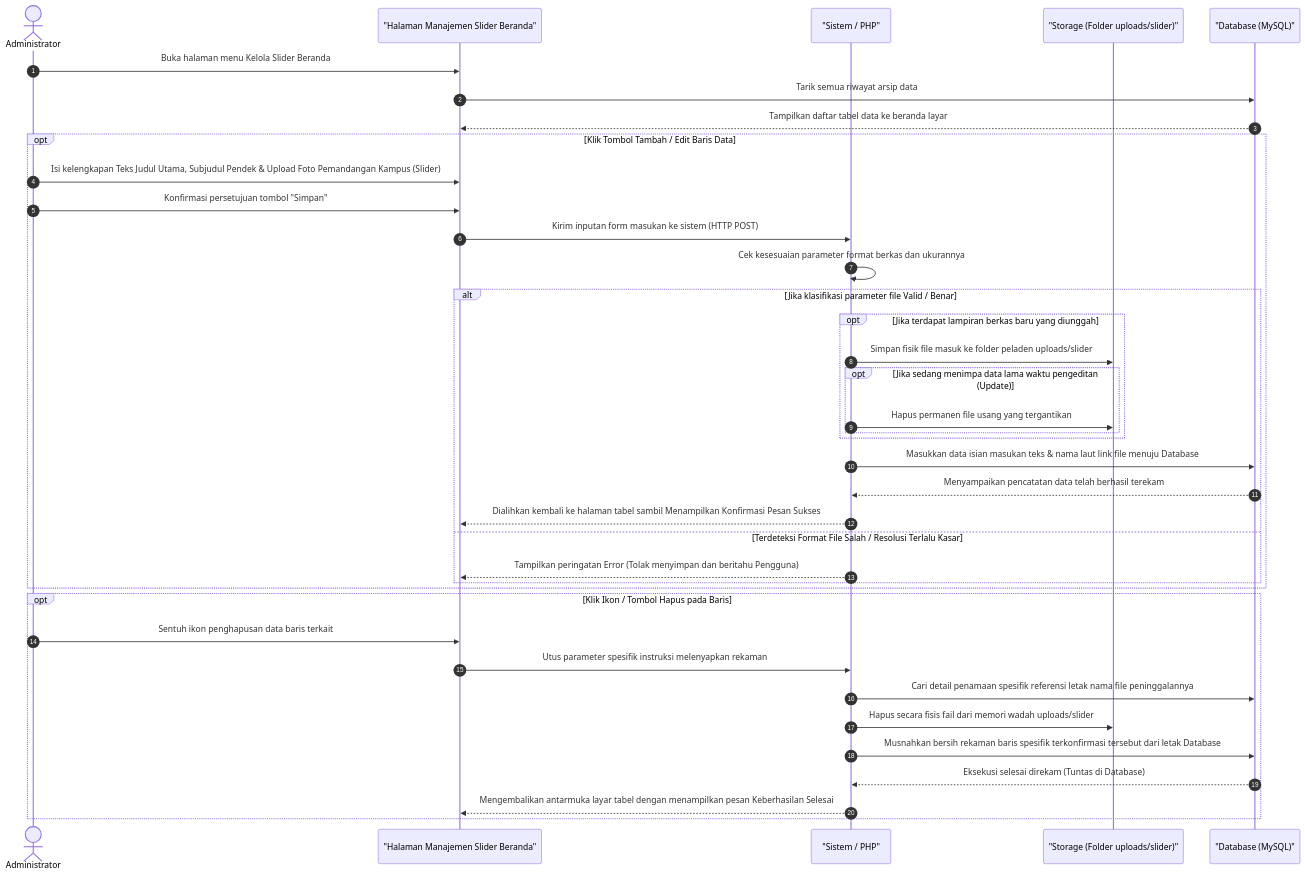
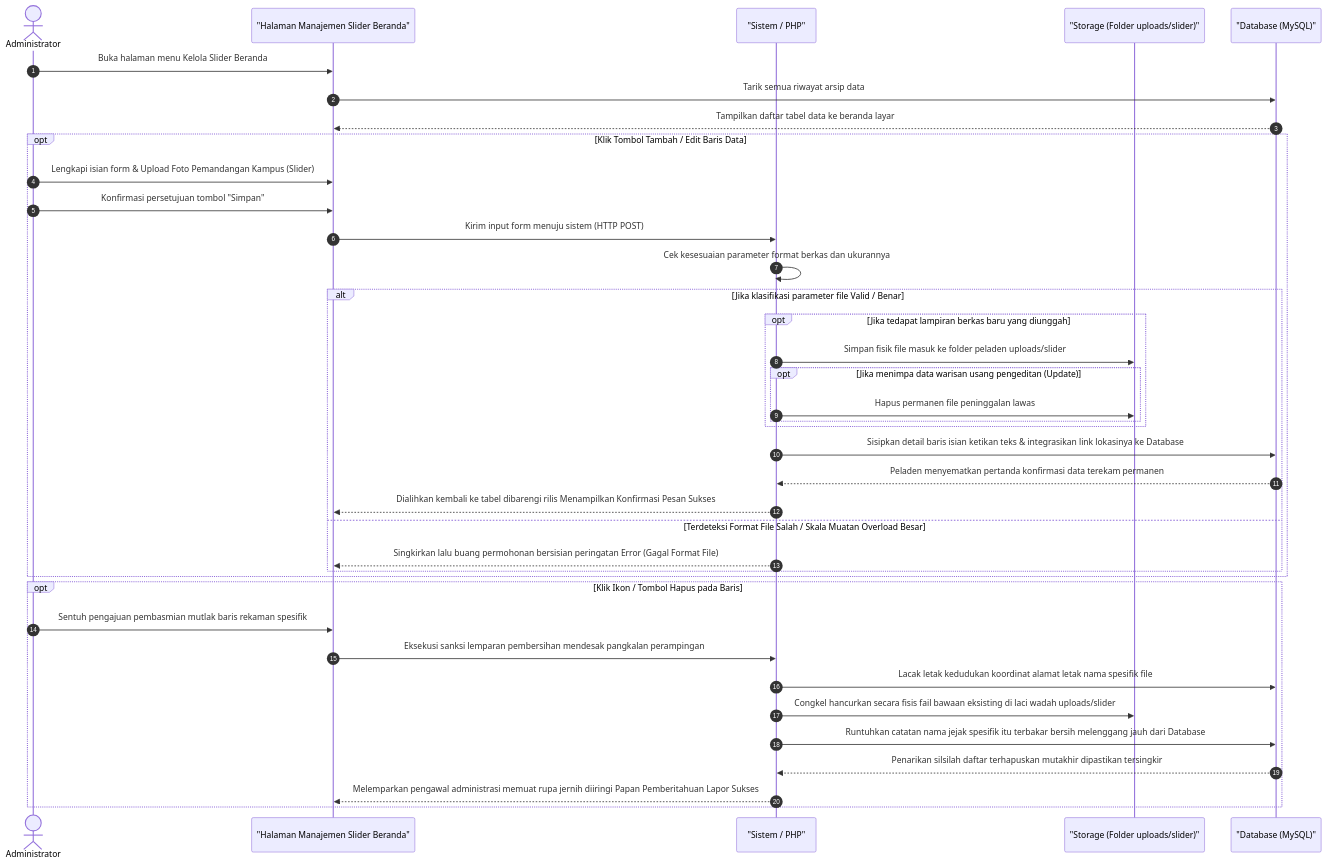
One commit to arbain-dev/Web_fikom changed the diagram in docs/sequence_diagram_admin_slider.md. Above: the diagram before and after it, drawn with Mermaid. The commit also changed other lines of this file and 18 other files, not shown here.

Commit message:
docs: mengubah format penjelasan sequence administrator dari list menjadi paragraf naratif

````diff
--- a/docs/sequence_diagram_admin_slider.md
+++ b/docs/sequence_diagram_admin_slider.md
@@ -29,48 +14,48 @@
 ```mermaid
 sequenceDiagram
     autonumber
     actor Admin as Administrator
     participant View as "Halaman Manajemen Slider Beranda"
     participant System as "Sistem / PHP"
     participant Server as "Storage (Folder uploads/slider)"
     participant DB as "Database (MySQL)"
 
     Admin->>View: Buka halaman menu Kelola Slider Beranda
     View->>DB: Tarik semua riwayat arsip data
     DB-->>View: Tampilkan daftar tabel data ke beranda layar
 
     %% Proses Tambah / Edit
     opt Klik Tombol Tambah / Edit Baris Data
-        Admin->>View: Isi kelengkapan Teks Judul Utama, Subjudul Pendek & Upload Foto Pemandangan Kampus (Slider)
+        Admin->>View: Lengkapi isian form & Upload Foto Pemandangan Kampus (Slider)
         Admin->>View: Konfirmasi persetujuan tombol "Simpan"
-        View->>System: Kirim inputan form masukan ke sistem (HTTP POST)
+        View->>System: Kirim input form menuju sistem (HTTP POST)
 
         System->>System: Cek kesesuaian parameter format berkas dan ukurannya
         
         alt Jika klasifikasi parameter file Valid / Benar
-            opt Jika terdapat lampiran berkas baru yang diunggah
+            opt Jika tedapat lampiran berkas baru yang diunggah
                 System->>Server: Simpan fisik file masuk ke folder peladen uploads/slider
-                opt Jika sedang menimpa data lama waktu pengeditan (Update)
-                    System->>Server: Hapus permanen file usang yang tergantikan
+                opt Jika menimpa data warisan usang pengeditan (Update)
+                    System->>Server: Hapus permanen file peninggalan lawas
                 end
             end
             
-            System->>DB: Masukkan data isian masukan teks & nama laut link file menuju Database
-            DB-->>System: Menyampaikan pencatatan data telah berhasil terekam
-            System-->>View: Dialihkan kembali ke halaman tabel sambil Menampilkan Konfirmasi Pesan Sukses
-        else Terdeteksi Format File Salah / Resolusi Terlalu Kasar
-            System-->>View: Tampilkan peringatan Error (Tolak menyimpan dan beritahu Pengguna)
+            System->>DB: Sisipkan detail baris isian ketikan teks & integrasikan link lokasinya ke Database
+            DB-->>System: Peladen menyematkan pertanda konfirmasi data terekam permanen
+            System-->>View: Dialihkan kembali ke tabel dibarengi rilis Menampilkan Konfirmasi Pesan Sukses
+        else Terdeteksi Format File Salah / Skala Muatan Overload Besar
+            System-->>View: Singkirkan lalu buang permohonan bersisian peringatan Error (Gagal Format File)
         end
     end
 
     %% Proses Hapus
     opt Klik Ikon / Tombol Hapus pada Baris
-        Admin->>View: Sentuh ikon penghapusan data baris terkait
-        View->>System: Utus parameter spesifik instruksi melenyapkan rekaman
-        System->>DB: Cari detail penamaan spesifik referensi letak nama file peninggalannya
-        System->>Server: Hapus secara fisis fail dari memori wadah uploads/slider
-        System->>DB: Musnahkan bersih rekaman baris spesifik terkonfirmasi tersebut dari letak Database
-        DB-->>System: Eksekusi selesai direkam (Tuntas di Database)
-        System-->>View: Mengembalikan antarmuka layar tabel dengan menampilkan pesan Keberhasilan Selesai
+        Admin->>View: Sentuh pengajuan pembasmian mutlak baris rekaman spesifik
+        View->>System: Eksekusi sanksi lemparan pembersihan mendesak pangkalan perampingan
+        System->>DB: Lacak letak kedudukan koordinat alamat letak nama spesifik file 
+        System->>Server: Congkel hancurkan secara fisis fail bawaan eksisting di laci wadah uploads/slider
+        System->>DB: Runtuhkan catatan nama jejak spesifik itu terbakar bersih melenggang jauh dari Database
+        DB-->>System: Penarikan silsilah daftar terhapuskan mutakhir dipastikan tersingkir
+        System-->>View: Melemparkan pengawal administrasi memuat rupa jernih diiringi Papan Pemberitahuan Lapor Sukses 
     end
 ```
````
